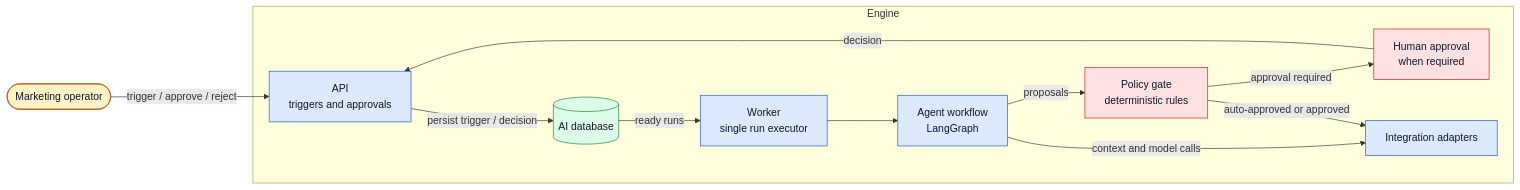
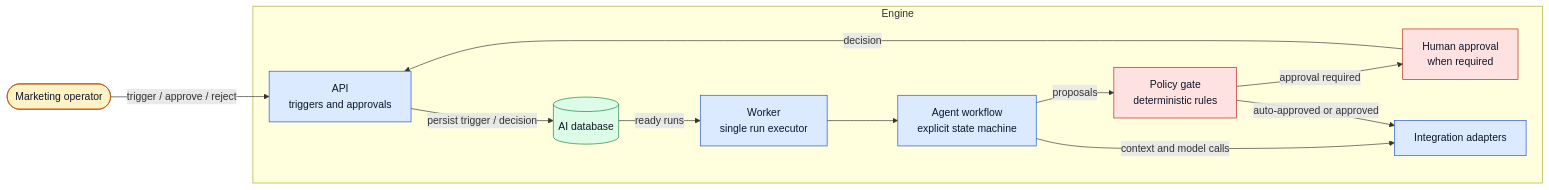
The fourth of 4 diagrams in docs/architecture/system-overview.md (aymanaboghonim/odoo-agentic-retention-engine), drawn with Mermaid before and after one commit. The commit also changed 7 other files, not shown here.

First line of the commit message:
docs: README for the public repository, and ADR-0028 (state machine over LangGraph) (#112)

````diff
--- a/docs/architecture/system-overview.md
+++ b/docs/architecture/system-overview.md
@@ -122,34 +122,34 @@
 ```mermaid
 flowchart LR
     operator(["Marketing operator"])
 
     subgraph engine["Engine"]
         api["API<br/>triggers and approvals"]
         state[("AI database")]
         worker["Worker<br/>single run executor"]
-        workflow["Agent workflow<br/>LangGraph"]
+        workflow["Agent workflow<br/>explicit state machine"]
         policy["Policy gate<br/>deterministic rules"]
         approval["Human approval<br/>when required"]
         adapters["Integration adapters"]
     end
 
     operator -- "trigger / approve / reject" --> api
     api -- "persist trigger / decision" --> state
     state -- "ready runs" --> worker
     worker --> workflow
     workflow -- "context and model calls" --> adapters
     workflow -- "proposals" --> policy
     policy -- "approval required" --> approval
     approval -- "decision" --> api
     policy -- "auto-approved or approved" --> adapters
 
     classDef app fill:#dbeafe,stroke:#1d4ed8,color:#0f172a
     classDef safety fill:#fee2e2,stroke:#b91c1c,color:#0f172a
     classDef data fill:#dcfce7,stroke:#15803d,color:#0f172a
     classDef person fill:#fef3c7,stroke:#b45309,color:#0f172a
     class api,worker,workflow,adapters app
     class policy safety
     class approval safety
     class state data
     class operator person
 ```
````
